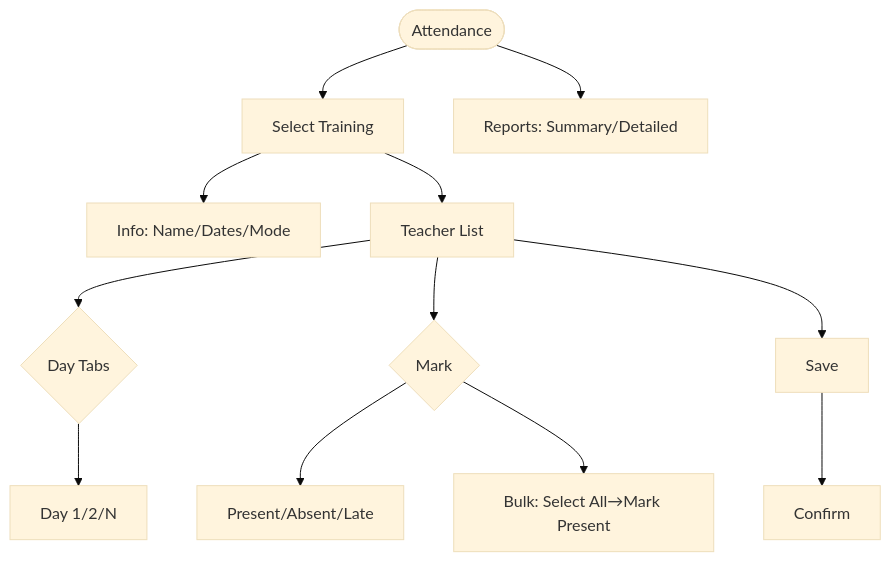
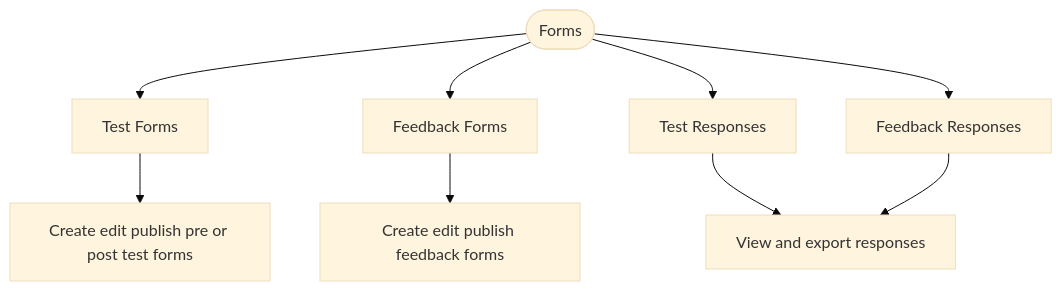
The seventh of 27 diagrams in TRAINING_CALENDAR_FLOW_DIAGRAMS.md (gunjangupta-gh/placeintern), drawn with Mermaid (base theme) before and after one commit. The commit also changed other lines of this file and 1 other file, not shown here.

Commit message:
feat: add timezone handling for attendance date resolution in TrainingAttendanceService

````diff
--- a/TRAINING_CALENDAR_FLOW_DIAGRAMS.md
+++ b/TRAINING_CALENDAR_FLOW_DIAGRAMS.md
@@ -162,11 +126,11 @@
 ```mermaid
 flowchart TD
-    A([Attendance])-->B[Select Training]-->C[Info: Name/Dates/Mode]
-    B-->D[Teacher List]-->E{Day Tabs}
-    E-->F[Day 1/2/N]
-    D-->G{Mark}
-    G-->H[Present/Absent/Late]
-    G-->I[Bulk: Select All→Mark Present]
-    D-->J[Save]-->K[Confirm]
-    A-->L[Reports: Summary/Detailed]
+    A([Forms]) --> B[Test Forms]
+    A --> C[Feedback Forms]
+    B --> D[Create edit publish pre or post test forms]
+    C --> E[Create edit publish feedback forms]
+    A --> F[Test Responses]
+    A --> G[Feedback Responses]
+    F --> H[View and export responses]
+    G --> H
 ```
````
